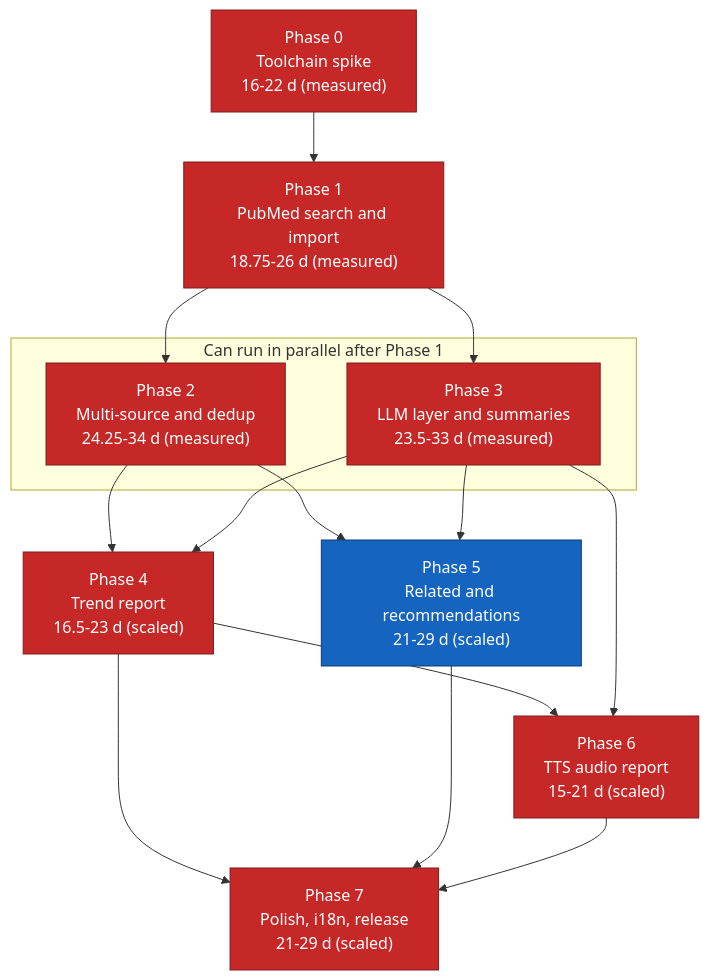
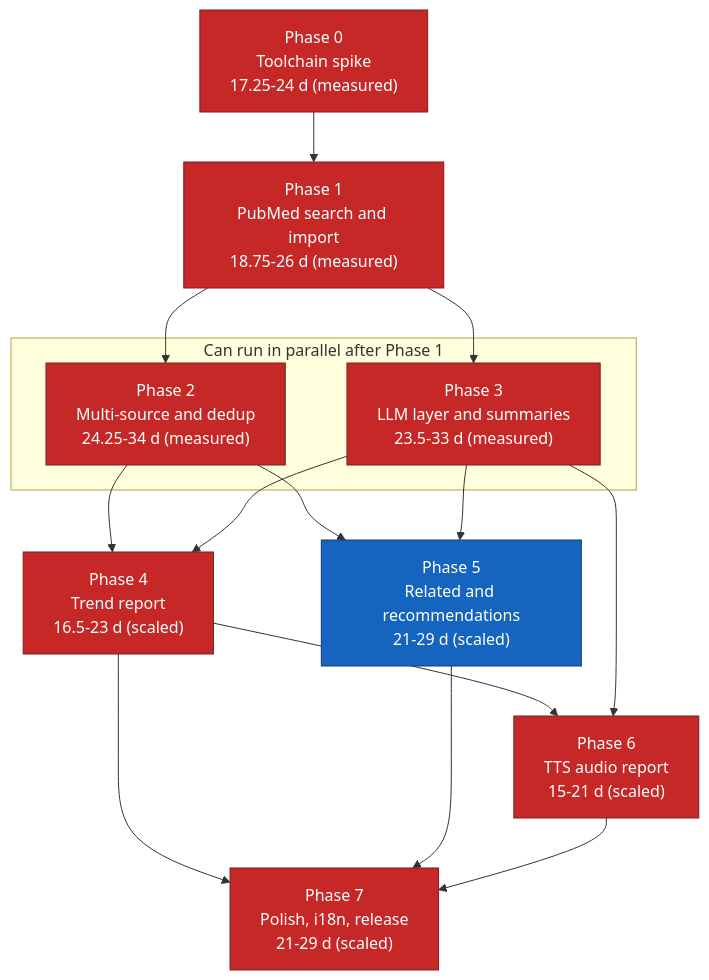
Before and after one commit to suppakoko/research_helper: the diagram in docs/11-implementation-roadmap.md, drawn with Mermaid. The commit also changed other lines of this file and 3 other files, not shown here.

````diff
--- a/docs/11-implementation-roadmap.md
+++ b/docs/11-implementation-roadmap.md
@@ -326,34 +326,34 @@
 ```mermaid
 graph TD
-    P0["Phase 0<br/>Toolchain spike<br/>16-22 d (measured)"]
+    P0["Phase 0<br/>Toolchain spike<br/>17.25-24 d (measured)"]
     P1["Phase 1<br/>PubMed search and import<br/>18.75-26 d (measured)"]
     P2["Phase 2<br/>Multi-source and dedup<br/>24.25-34 d (measured)"]
     P3["Phase 3<br/>LLM layer and summaries<br/>23.5-33 d (measured)"]
     P4["Phase 4<br/>Trend report<br/>16.5-23 d (scaled)"]
     P5["Phase 5<br/>Related and recommendations<br/>21-29 d (scaled)"]
     P6["Phase 6<br/>TTS audio report<br/>15-21 d (scaled)"]
     P7["Phase 7<br/>Polish, i18n, release<br/>21-29 d (scaled)"]
 
     P0 --> P1
     P1 --> P2
     P1 --> P3
     P2 --> P4
     P3 --> P4
     P2 --> P5
     P3 --> P5
     P4 --> P6
     P3 --> P6
     P4 --> P7
     P5 --> P7
     P6 --> P7
 
     subgraph parallel["Can run in parallel after Phase 1"]
         P2
         P3
     end
 
     classDef critical fill:#c62828,stroke:#7f1d1d,color:#ffffff
     classDef normal fill:#1565c0,stroke:#0d3c73,color:#ffffff
     class P0,P1,P2,P3,P4,P6,P7 critical
     class P5 normal
 ```
````
